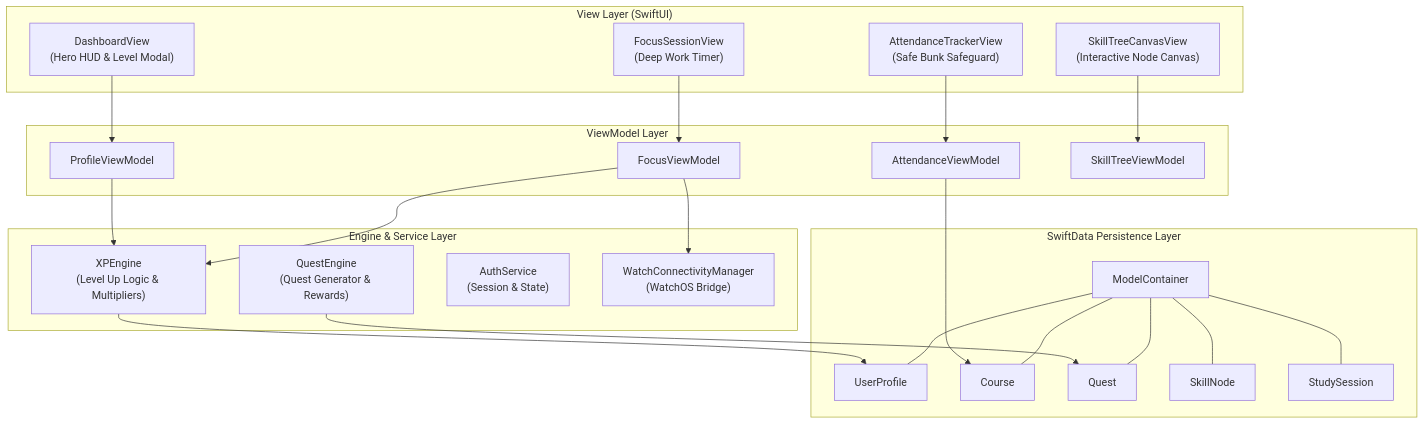
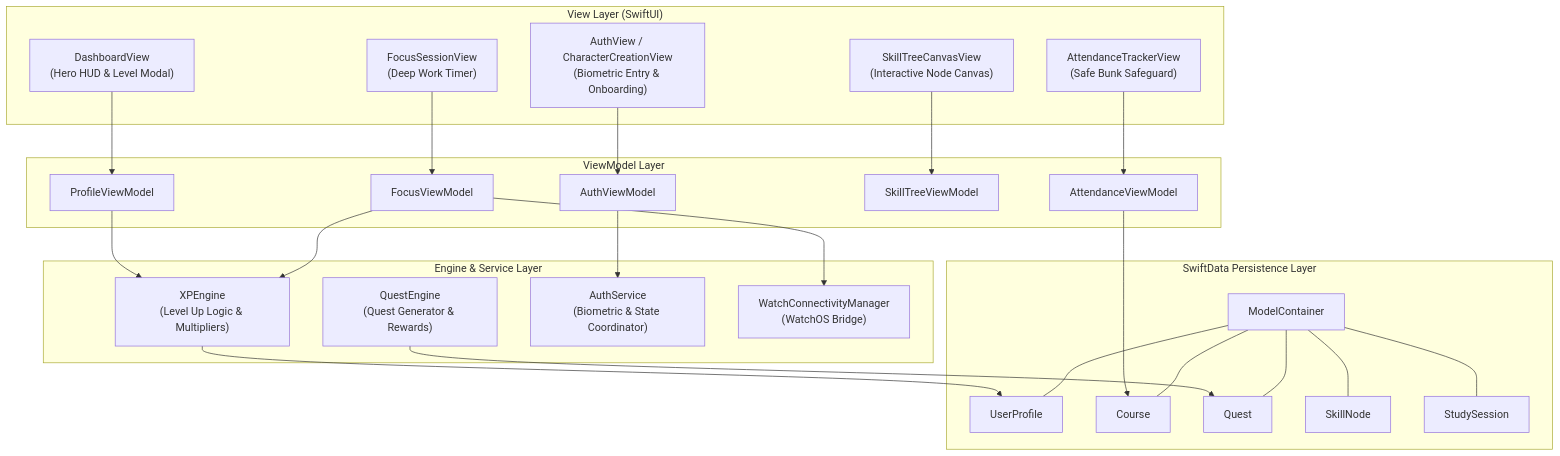
One commit to Aadishah17/alive changed the diagram in README.md. Above: the diagram before and after it, drawn with Mermaid. The commit also changed other lines of this file, not shown here.

Commit message:
docs: update README with biometric authentication features, onboarding flow, and architectural diagrams

````diff
--- a/README.md
+++ b/README.md
@@ -143,51 +154,55 @@
 ```mermaid
 flowchart TD
     subgraph UI ["View Layer (SwiftUI)"]
         DashboardView["DashboardView\n(Hero HUD & Level Modal)"]
         AttendanceView["AttendanceTrackerView\n(Safe Bunk Safeguard)"]
         FocusView["FocusSessionView\n(Deep Work Timer)"]
         SkillTreeView["SkillTreeCanvasView\n(Interactive Node Canvas)"]
+        AuthView["AuthView / CharacterCreationView\n(Biometric Entry & Onboarding)"]
     end
 
     subgraph VM ["ViewModel Layer"]
         ProfileVM["ProfileViewModel"]
         AttendanceVM["AttendanceViewModel"]
         FocusVM["FocusViewModel"]
         SkillTreeVM["SkillTreeViewModel"]
+        AuthVM["AuthViewModel"]
     end
 
     subgraph Services ["Engine & Service Layer"]
         XPEngine["XPEngine\n(Level Up Logic & Multipliers)"]
         QuestEngine["QuestEngine\n(Quest Generator & Rewards)"]
-        AuthService["AuthService\n(Session & State)"]
+        AuthService["AuthService\n(Biometric & State Coordinator)"]
         WatchManager["WatchConnectivityManager\n(WatchOS Bridge)"]
     end
 
     subgraph Storage ["SwiftData Persistence Layer"]
         ModelContainer["ModelContainer"]
         UserProfile["UserProfile"]
         Course["Course"]
         Quest["Quest"]
         SkillNode["SkillNode"]
         StudySession["StudySession"]
     end
 
     DashboardView --> ProfileVM
     AttendanceView --> AttendanceVM
     FocusView --> FocusVM
     SkillTreeView --> SkillTreeVM
+    AuthView --> AuthVM
 
+    AuthVM --> AuthService
     ProfileVM --> XPEngine
     AttendanceVM --> Course
     FocusVM --> XPEngine
     FocusVM --> WatchManager
     
     XPEngine --> UserProfile
     QuestEngine --> Quest
     
     ModelContainer --- UserProfile
     ModelContainer --- Course
     ModelContainer --- Quest
     ModelContainer --- SkillNode
     ModelContainer --- StudySession
 ```
````
